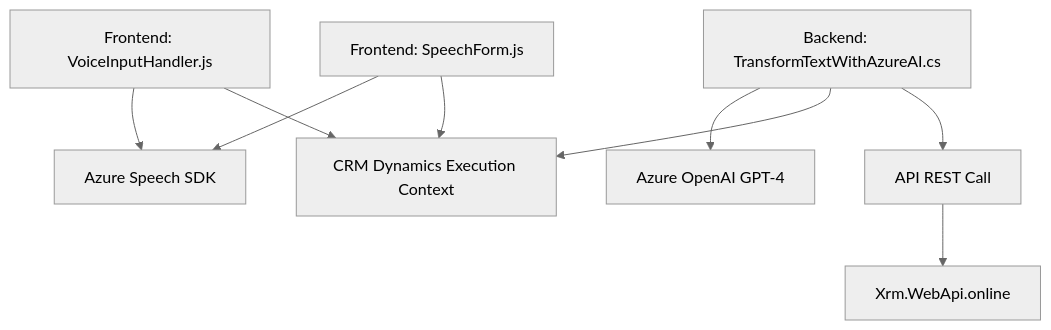
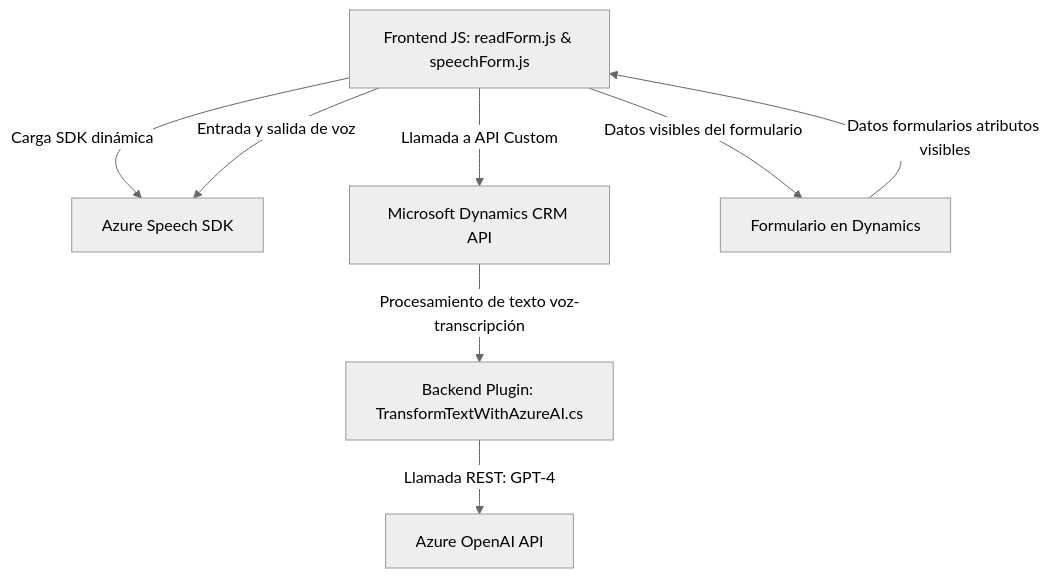
Before and after one commit to blopezdm/NETCORE_BILBAO2025: the diagram in README.md, drawn with Mermaid (neutral theme). The commit also changed other lines of this file, not shown here.

````diff
--- a/README.md
+++ b/README.md
@@ -36,20 +23,17 @@
 ```mermaid
 graph TD
-    A["Frontend: VoiceInputHandler.js"]
-    B["Frontend: SpeechForm.js"]
-    C["Backend: TransformTextWithAzureAI.cs"]
-    D["Azure Speech SDK"]
-    E["Azure OpenAI GPT-4"]
-    F["CRM Dynamics Execution Context"]
-    G["API REST Call"]
-    H["Xrm.WebApi.online"]
+    A["Frontend JS: readForm.js & speechForm.js"]
+    B["Azure Speech SDK"]
+    C["Backend Plugin: TransformTextWithAzureAI.cs"]
+    D["Microsoft Dynamics CRM API"]
+    E["Azure OpenAI API"]
+    F["Formulario en Dynamics"]
 
-    A --> D
-    B --> D
-    A --> F
-    B --> F
-    C --> E
-    C --> F
-    C --> G
-    G --> H
+    A -- "Carga SDK dinámica" --> B
+    A -- "Entrada y salida de voz" --> B
+    A -- "Datos visibles del formulario" --> F
+    A -- "Llamada a API Custom" --> D
+    D -- "Procesamiento de texto voz-transcripción" --> C
+    C -- "Llamada REST: GPT-4" --> E
+    F -- "Datos formularios atributos visibles" --> A
 ```
````
